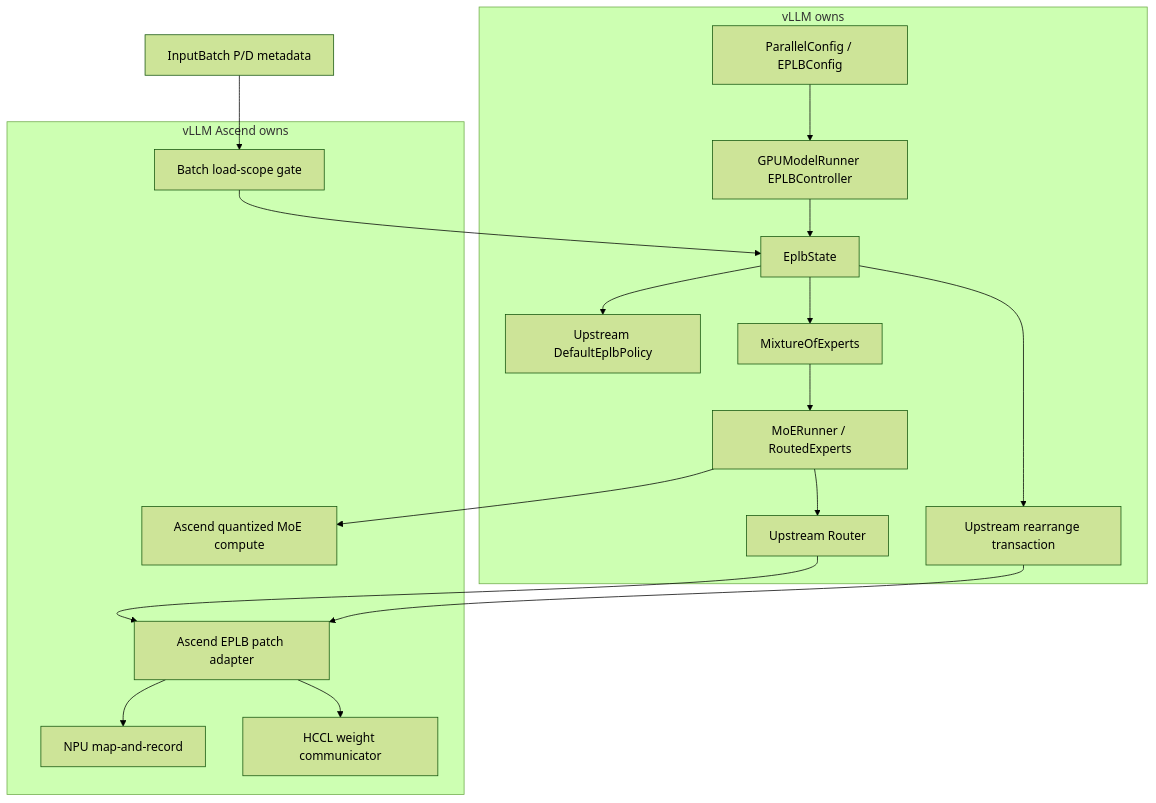
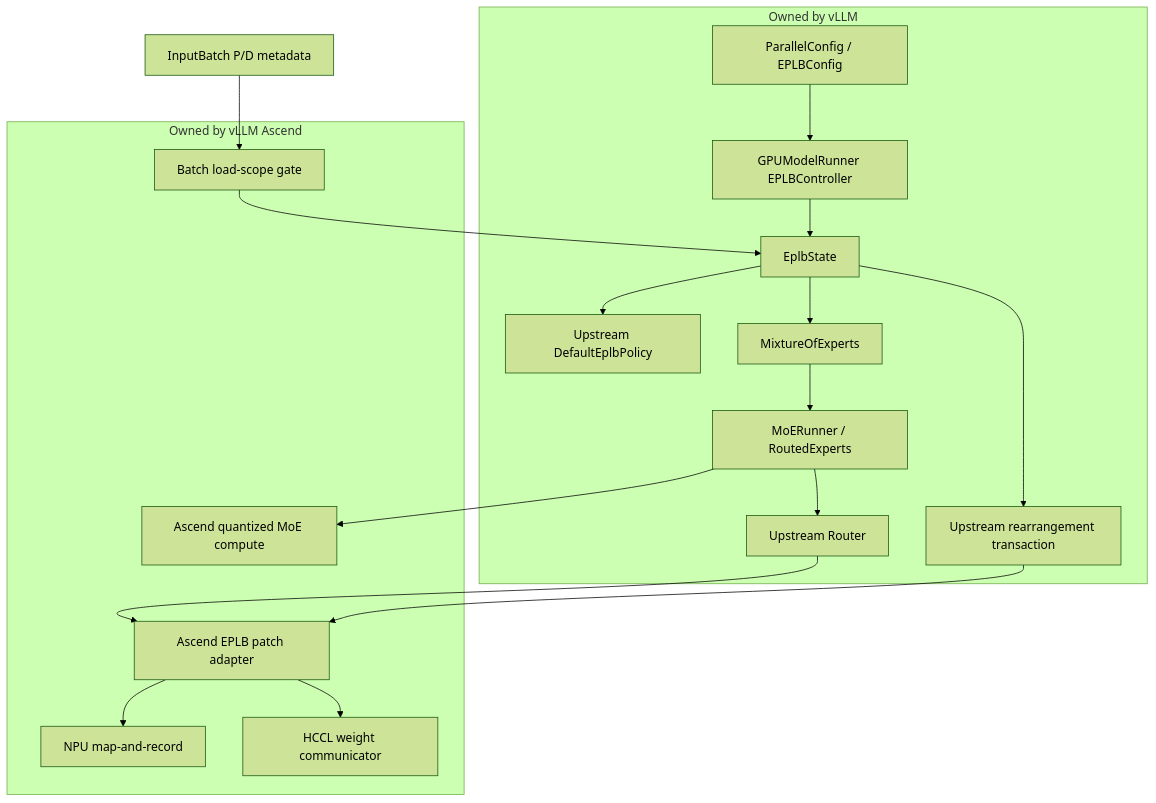
The first of 2 diagrams in docs/source/developer_guide/Design_Documents/model_runner_v2_eplb.md (vllm-project/vllm-ascend), drawn with Mermaid (forest theme) before and after one commit. The commit also changed other lines of this file, not shown here.

````diff
--- a/docs/source/developer_guide/Design_Documents/model_runner_v2_eplb.md
+++ b/docs/source/developer_guide/Design_Documents/model_runner_v2_eplb.md
@@ -128,36 +193,36 @@
 ```mermaid
 flowchart TB
     C["ParallelConfig / EPLBConfig"] --> R["GPUModelRunner EPLBController"]
     R --> S["EplbState"]
     S --> P["Upstream DefaultEplbPolicy"]
     S --> M["MixtureOfExperts"]
     M --> L["MoERunner / RoutedExperts"]
     L --> ER["Upstream Router"]
     ER --> A["Ascend EPLB patch adapter"]
     A --> B["NPU map-and-record"]
     I["InputBatch P/D metadata"] --> G["Batch load-scope gate"]
     G --> S
     L --> Q["Ascend quantized MoE compute"]
-    S --> X["Upstream rearrange transaction"]
+    S --> X["Upstream rearrangement transaction"]
     X --> A
     A --> H["HCCL weight communicator"]
 
-    subgraph UP["vLLM owns"]
+    subgraph UP["Owned by vLLM"]
         C
         R
         S
         P
         M
         L
         ER
         X
     end
 
-    subgraph ASC["vLLM Ascend owns"]
+    subgraph ASC["Owned by vLLM Ascend"]
         B
         Q
         H
         A
         G
     end
 ```
````
